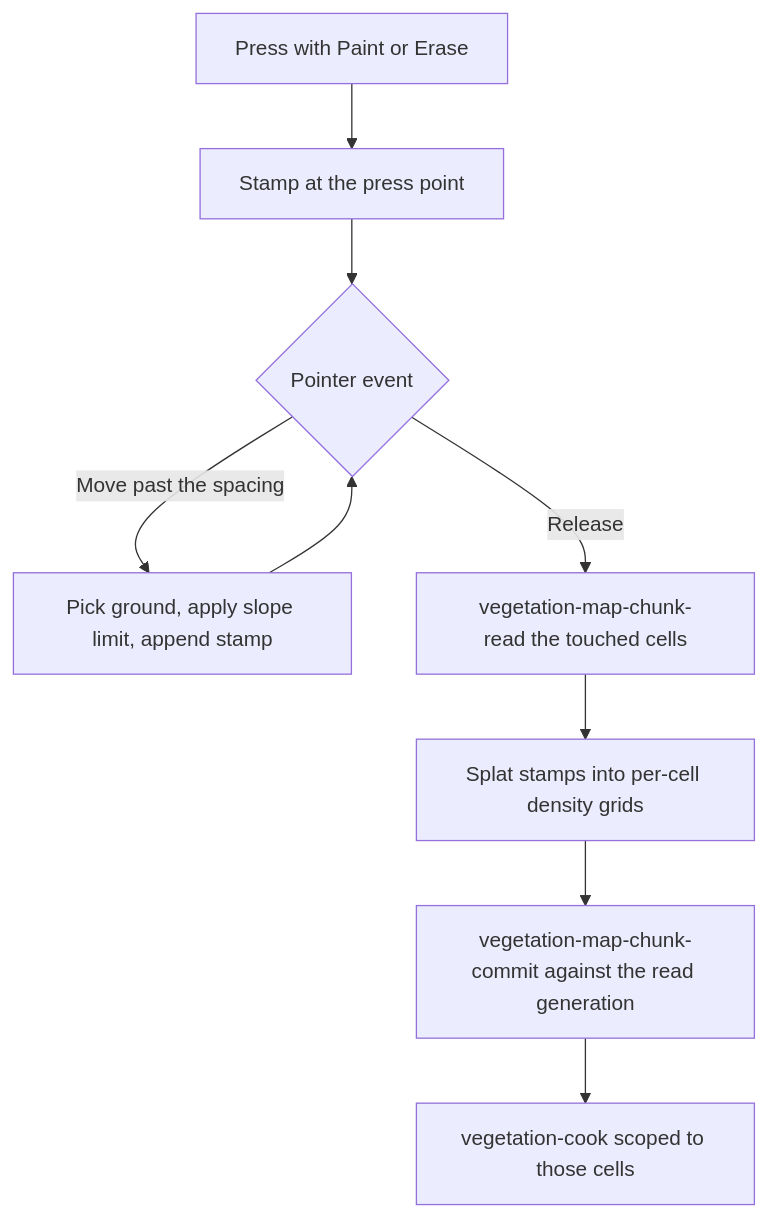
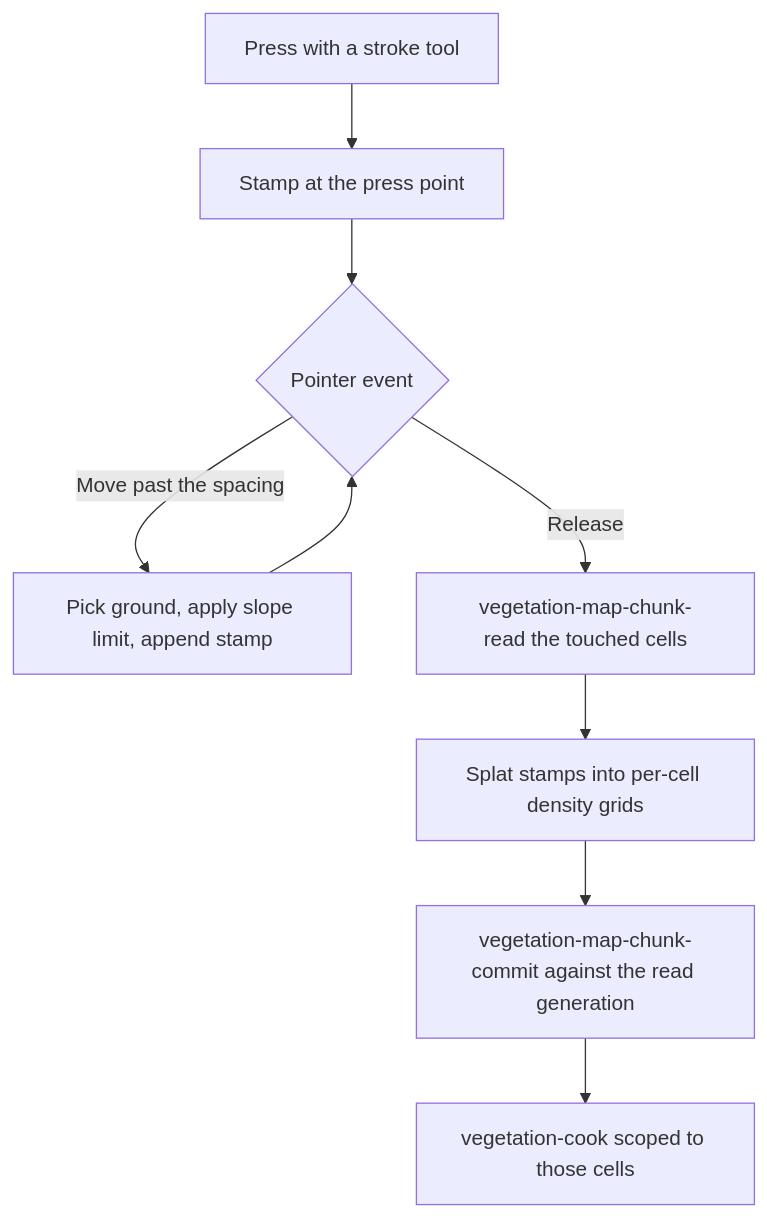
One commit to saffronjam/SaffronEngine changed the diagram in docs/content/explanations/ui-and-editor/vegetation-mode.md. Above: the diagram before and after it, drawn with Mermaid. The commit also changed other lines of this file and 24 other files, not shown here.

First line of the commit message:
docs: document vegetation runtime and editor flows

````diff
--- a/docs/content/explanations/ui-and-editor/vegetation-mode.md
+++ b/docs/content/explanations/ui-and-editor/vegetation-mode.md
@@ -58,11 +60,11 @@
 ```mermaid
 flowchart TD
-    A[Press with Paint or Erase] --> B[Stamp at the press point]
+    A[Press with a stroke tool] --> B[Stamp at the press point]
     B --> C{Pointer event}
     C -->|Move past the spacing| D[Pick ground, apply slope limit, append stamp]
     D --> C
     C -->|Release| E[vegetation-map-chunk-read the touched cells]
     E --> F[Splat stamps into per-cell density grids]
     F --> G[vegetation-map-chunk-commit against the read generation]
     G --> H[vegetation-cook scoped to those cells]
 ```
````
